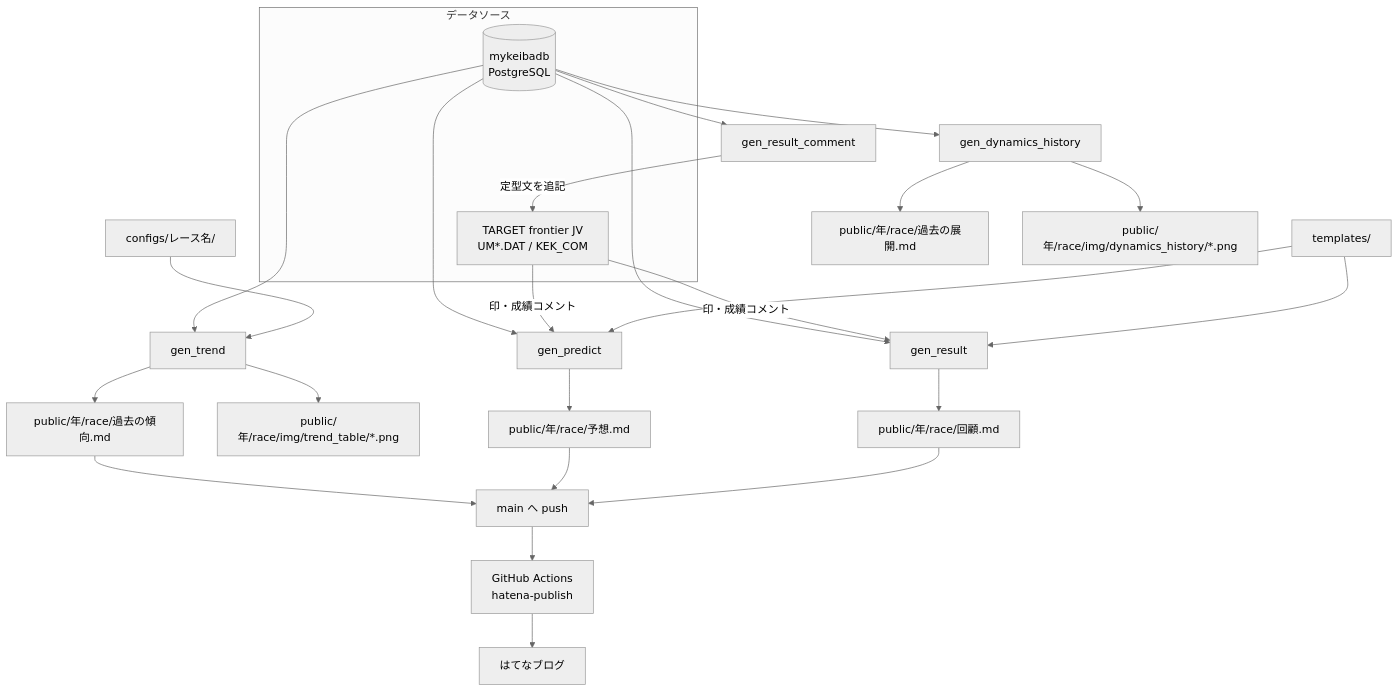
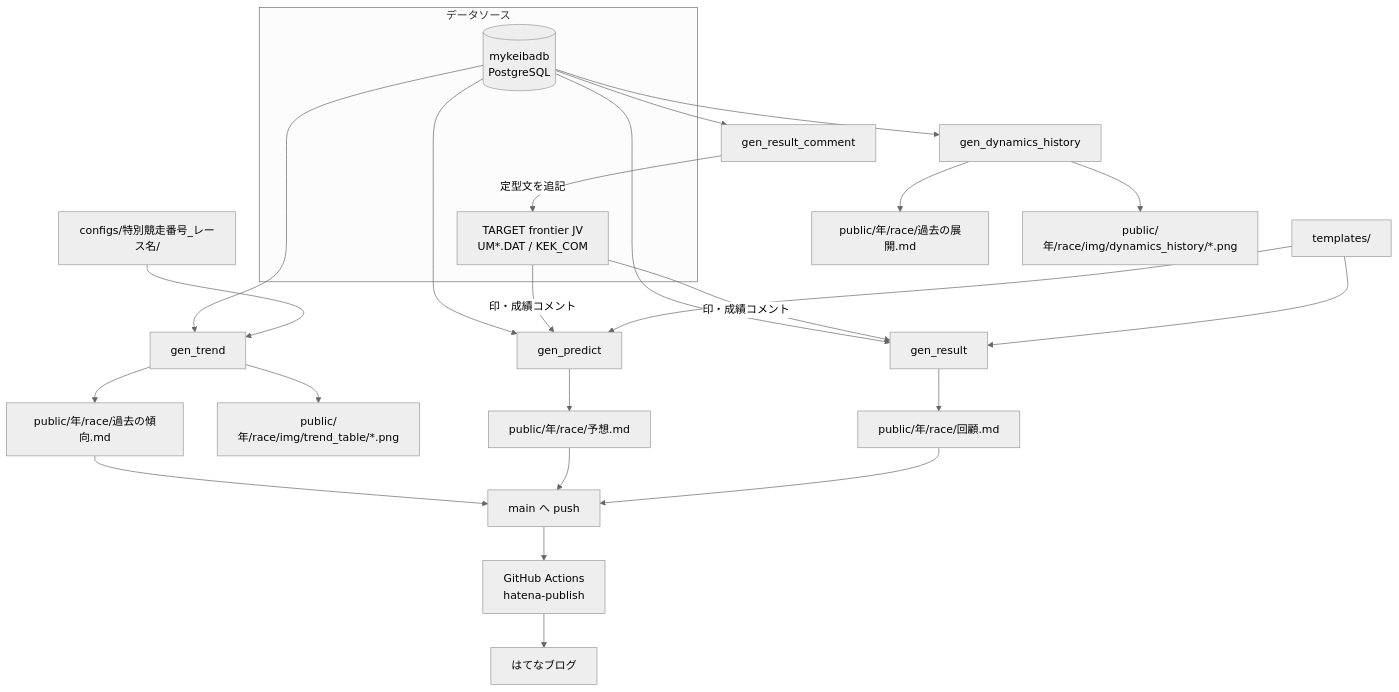
One commit to Kubo-Tech/g1-predict changed the diagram in docs/architecture.md. Above: the diagram before and after it, drawn with Mermaid (neutral theme). The commit also changed other lines of this file and 22 other files, not shown here.

````diff
--- a/docs/architecture.md
+++ b/docs/architecture.md
@@ -38,37 +38,37 @@
 ```mermaid
 flowchart TD
     subgraph src[データソース]
         DB[(mykeibadb<br/>PostgreSQL)]
         TFJV[TARGET frontier JV<br/>UM*.DAT / KEK_COM]
     end
 
-    CFG[configs/レース名/]
+    CFG[configs/特別競走番号_レース名/]
     TPL[templates/]
 
     DB --> GT[gen_trend]
     DB --> GDH[gen_dynamics_history]
     DB --> GP[gen_predict]
     DB --> GR[gen_result]
     DB --> GRC[gen_result_comment]
 
     TFJV -- 印・成績コメント --> GP
     TFJV -- 印・成績コメント --> GR
     GRC -- 定型文を追記 --> TFJV
 
     CFG --> GT
     TPL --> GP
     TPL --> GR
 
     GT --> MD1[public/年/race/過去の傾向.md]
     GT --> IMG[public/年/race/img/trend_table/*.png]
     GDH --> MD4[public/年/race/過去の展開.md]
     GDH --> IMG2[public/年/race/img/dynamics_history/*.png]
     GP --> MD2[public/年/race/予想.md]
     GR --> MD3[public/年/race/回顧.md]
 
     MD1 --> PUSH[main へ push]
     MD2 --> PUSH
     MD3 --> PUSH
     PUSH --> GHA[GitHub Actions<br/>hatena-publish]
     GHA --> BLOG[はてなブログ]
 ```
````
